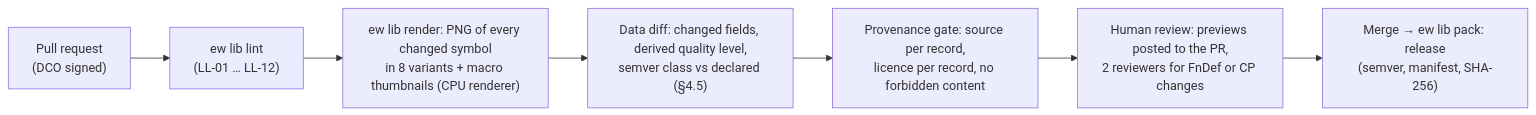
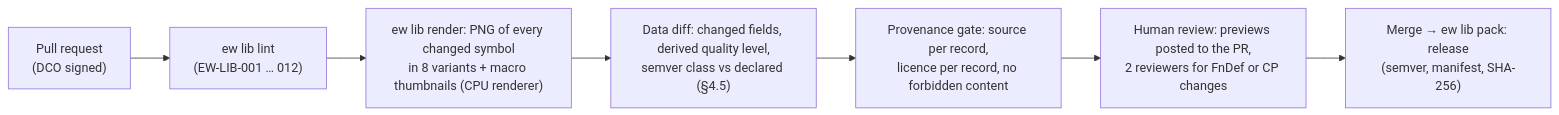
The third of 3 diagrams in docs/design/07-symbols-parts-macros.md (Ironkode787/ElektraWatt), drawn with Mermaid before and after one commit. The commit also changed other lines of this file and 51 other files, not shown here.

````diff
--- a/docs/design/07-symbols-parts-macros.md
+++ b/docs/design/07-symbols-parts-macros.md
@@ -808,9 +825,9 @@
 ```mermaid
 flowchart LR
-  PR["Pull request<br/>(DCO signed)"] --> L["ew lib lint<br/>(LL-01 … LL-12)"]
+  PR["Pull request<br/>(DCO signed)"] --> L["ew lib lint<br/>(EW-LIB-001 … 012)"]
   L --> R["ew lib render: PNG of every changed symbol<br/>in 8 variants + macro thumbnails (CPU renderer)"]
   R --> D["Data diff: changed fields, derived quality level,<br/>semver class vs declared (§4.5)"]
   D --> P["Provenance gate: source per record,<br/>licence per record, no forbidden content"]
   P --> H["Human review: previews posted to the PR,<br/>2 reviewers for FnDef or CP changes"]
   H --> M["Merge → ew lib pack: release<br/>(semver, manifest, SHA-256)"]
 ```
````
